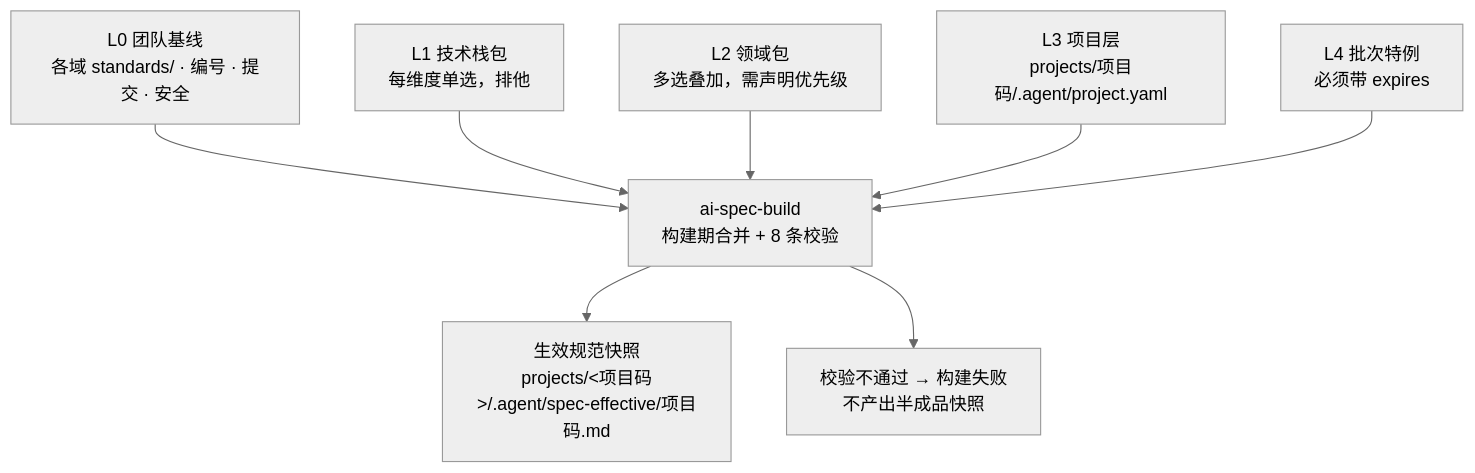
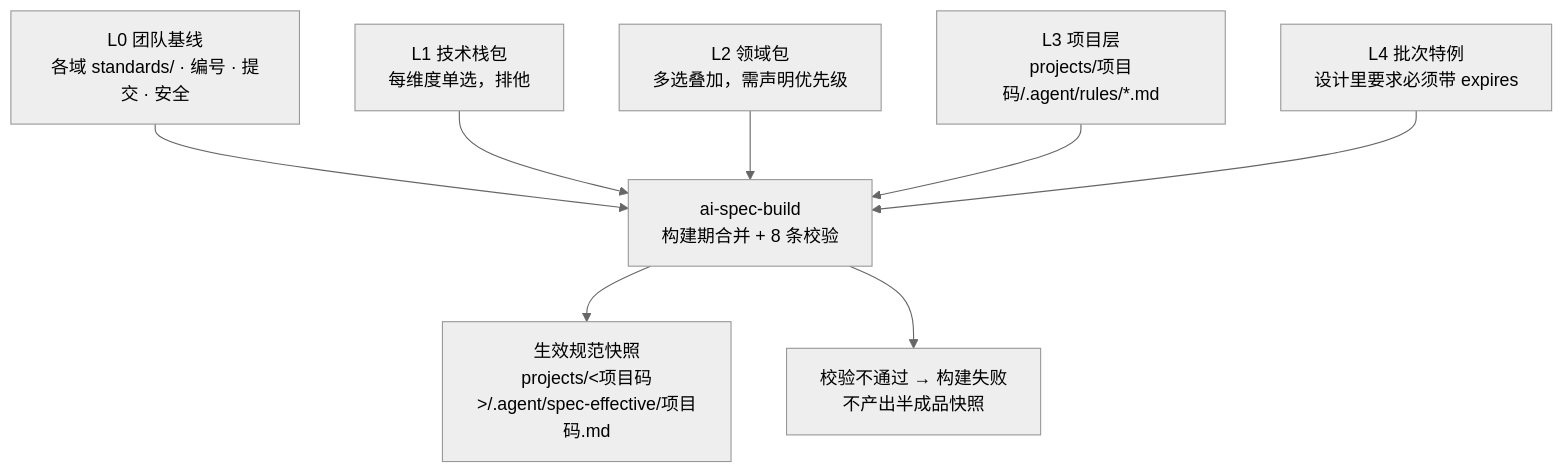
The first of 2 diagrams in README.md (lichengqun-dev/ai-work-spec), drawn with Mermaid (neutral theme) before and after one commit. The commit also changed other lines of this file and 10 other files, not shown here.

````diff
--- a/README.md
+++ b/README.md
@@ -34,19 +98,19 @@
 ```mermaid
 graph TD
     B["L0 团队基线<br/>各域 standards/ · 编号 · 提交 · 安全"]
     S["L1 技术栈包<br/>每维度单选，排他"]
     D["L2 领域包<br/>多选叠加，需声明优先级"]
-    P["L3 项目层<br/>projects/项目码/.agent/project.yaml"]
-    X["L4 批次特例<br/>必须带 expires"]
+    P["L3 项目层<br/>projects/项目码/.agent/rules/*.md"]
+    X["L4 批次特例<br/>设计里要求必须带 expires"]
     BUILD["ai-spec-build<br/>构建期合并 + 8 条校验"]
-    SNAP["生效规范快照<br/>projects/<项目码>/.agent/spec-effective/项目码.md"]
+    SNAP["生效规范快照<br/>projects/&lt;项目码&gt;/.agent/spec-effective/项目码.md"]
     FAIL["校验不通过 → 构建失败<br/>不产出半成品快照"]
 
     B --> BUILD
     S --> BUILD
     D --> BUILD
     P --> BUILD
     X --> BUILD
     BUILD --> SNAP
     BUILD --> FAIL
 ```
````
